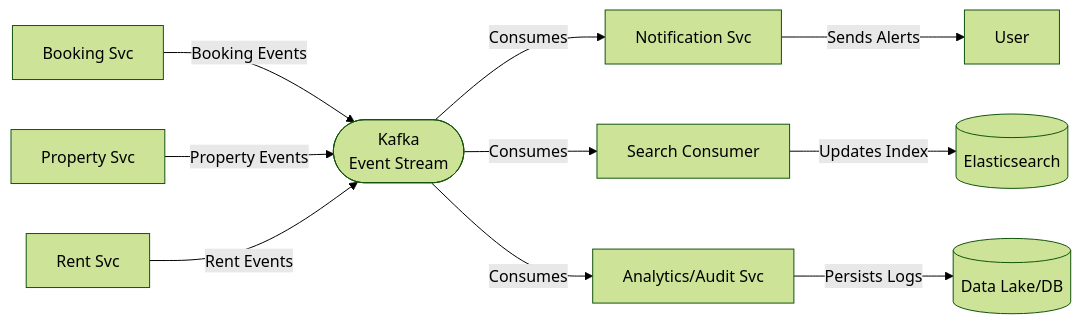
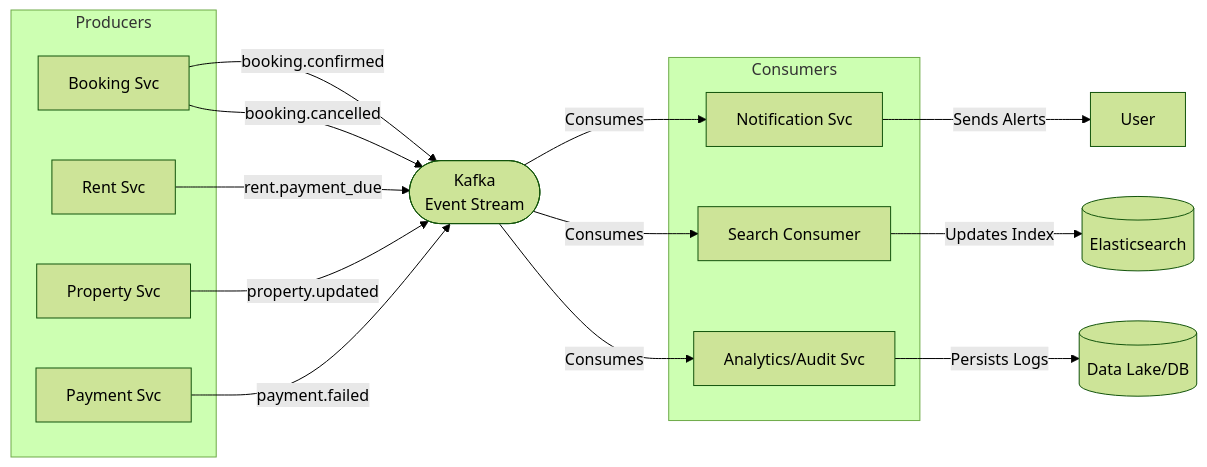
One commit to AdilAbubacker/rentezy_backend changed the third of 3 diagrams in README.md. Above: the diagram before and after it, drawn with Mermaid (forest theme).

````diff
--- a/README.md
+++ b/README.md
@@ -404,24 +404,33 @@
 ```mermaid
 graph LR
-    BookingService[Booking Svc]
-    RentService[Rent Svc]
-    PropertyService[Property Svc]
+    subgraph Producers
+        BookingService[Booking Svc]
+        RentService[Rent Svc]
+        PropertyService[Property Svc]
+        PaymentService[Payment Svc]
+    end
+    
 
     Kafka([Kafka<br>Event Stream])
 
-    NotificationService[Notification Svc]
-    SearchConsumer[Search Consumer]
-    AnalyticsAudit[Analytics/Audit Svc]
+    subgraph Consumers
+        NotificationService[Notification Svc]
+        SearchConsumer[Search Consumer]
+        AnalyticsAudit[Analytics/Audit Svc]
+    end
+    
 
-    BookingService -- "Booking Events" --> Kafka
-    PropertyService -- "Property Events" --> Kafka
-    RentService -- "Rent Events" --> Kafka
+    BookingService -- "booking.confirmed" --> Kafka
+    BookingService -- "booking.cancelled" --> Kafka
+    RentService -- "rent.payment_due" --> Kafka
+    PropertyService -- "property.updated" --> Kafka
+    PaymentService -- "payment.failed" --> Kafka
 
     Kafka -- "Consumes" --> NotificationService
     Kafka -- "Consumes" --> SearchConsumer
     Kafka -- "Consumes" --> AnalyticsAudit
 
     NotificationService -- "Sends Alerts" --> User[User]
     SearchConsumer -- "Updates Index" --> Elasticsearch[(Elasticsearch)]
     AnalyticsAudit -- "Persists Logs" --> DataLake[(Data Lake/DB)]
 ```
````
